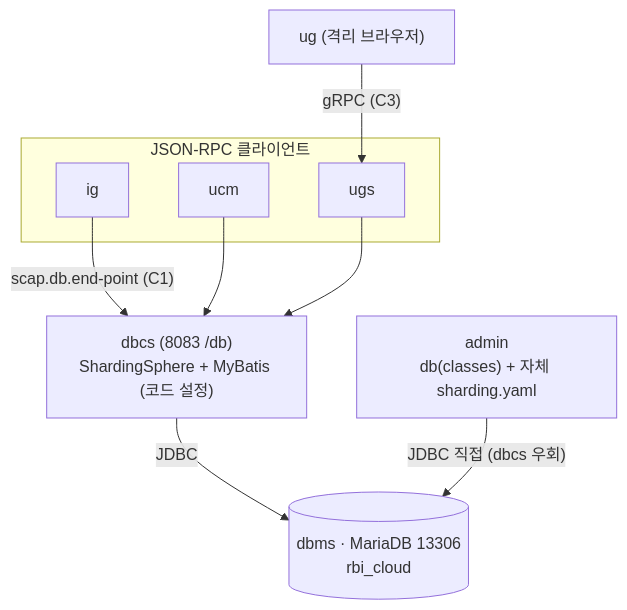
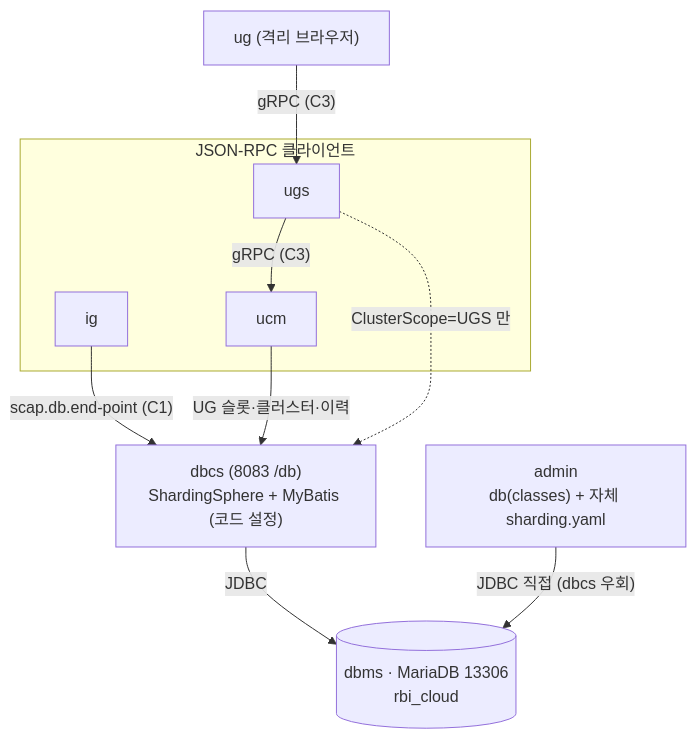
One commit to nohseungkwon/RBI-QA changed the third of 3 diagrams in RBI-솔루션-아키텍처-가이드.md. Above: the diagram before and after it, drawn with Mermaid. The commit also changed other lines of this file and 5 other files, not shown here.

````diff
--- a/RBI-솔루션-아키텍처-가이드.md
+++ b/RBI-솔루션-아키텍처-가이드.md
@@ -522,19 +707,20 @@
 ```mermaid
 flowchart TB
     subgraph clients["JSON-RPC 클라이언트"]
         ig2[ig]
         ucm2[ucm]
         ugs2[ugs]
     end
     ug3["ug (격리 브라우저)"]
     dbcs2["dbcs (8083 /db)<br/>ShardingSphere + MyBatis (코드 설정)"]
     admin3["admin<br/>db(classes) + 자체 sharding.yaml"]
     dbms2[("dbms · MariaDB 13306<br/>rbi_cloud")]
 
     ug3 -->|"gRPC (C3)"| ugs2
+    ugs2 -->|"gRPC (C3)"| ucm2
     ig2 -->|"scap.db.end-point (C1)"| dbcs2
-    ucm2 --> dbcs2
-    ugs2 --> dbcs2
+    ucm2 -->|"UG 슬롯·클러스터·이력"| dbcs2
+    ugs2 -.->|"ClusterScope=UGS 만"| dbcs2
     dbcs2 -->|JDBC| dbms2
     admin3 -->|"JDBC 직접 (dbcs 우회)"| dbms2
 ```
````
